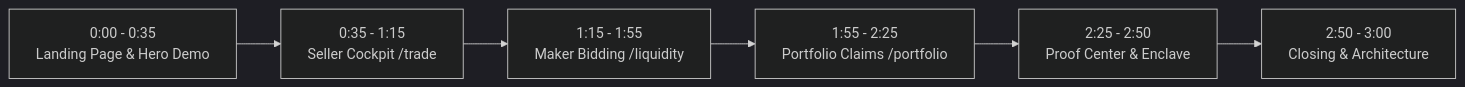
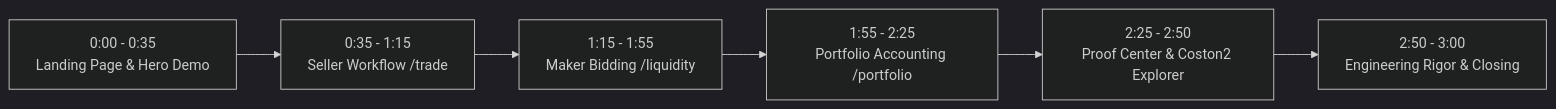
One commit to kuchikamizake05/HushFlow changed the diagram in docs/submission/video-demo-script.md. Above: the diagram before and after it, drawn with Mermaid (dark theme). The commit also changed other lines of this file and 1 other file, not shown here.

Commit message:
docs: calibrate evaluation guide, FTSO reference claims, and video demo script

````diff
--- a/docs/submission/video-demo-script.md
+++ b/docs/submission/video-demo-script.md
@@ -28,8 +28,8 @@
 ```mermaid
 graph LR
-    A[0:00 - 0:35<br>Landing Page & Hero Demo] --> B[0:35 - 1:15<br>Seller Cockpit /trade]
+    A[0:00 - 0:35<br>Landing Page & Hero Demo] --> B[0:35 - 1:15<br>Seller Workflow /trade]
     B --> C[1:15 - 1:55<br>Maker Bidding /liquidity]
-    C --> D[1:55 - 2:25<br>Portfolio Claims /portfolio]
-    D --> E[2:25 - 2:50<br>Proof Center & Enclave]
-    E --> F[2:50 - 3:00<br>Closing & Architecture]
+    C --> D[1:55 - 2:25<br>Portfolio Accounting /portfolio]
+    D --> E[2:25 - 2:50<br>Proof Center & Coston2 Explorer]
+    E --> F[2:50 - 3:00<br>Engineering Rigor & Closing]
 ```
````
